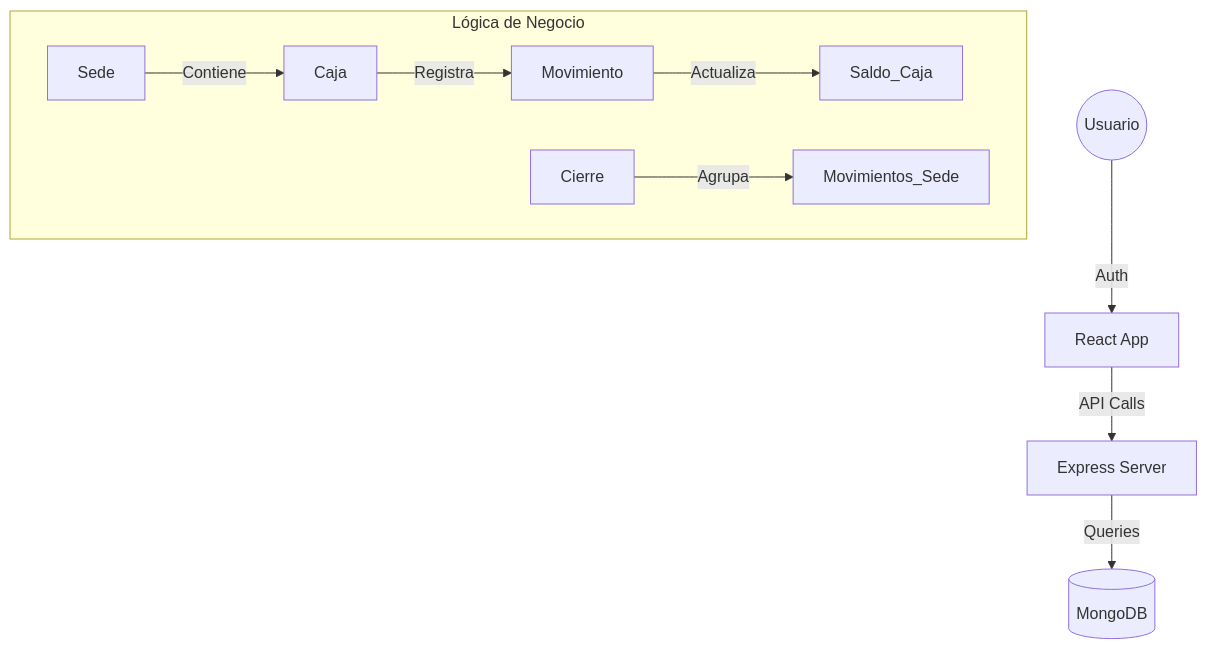
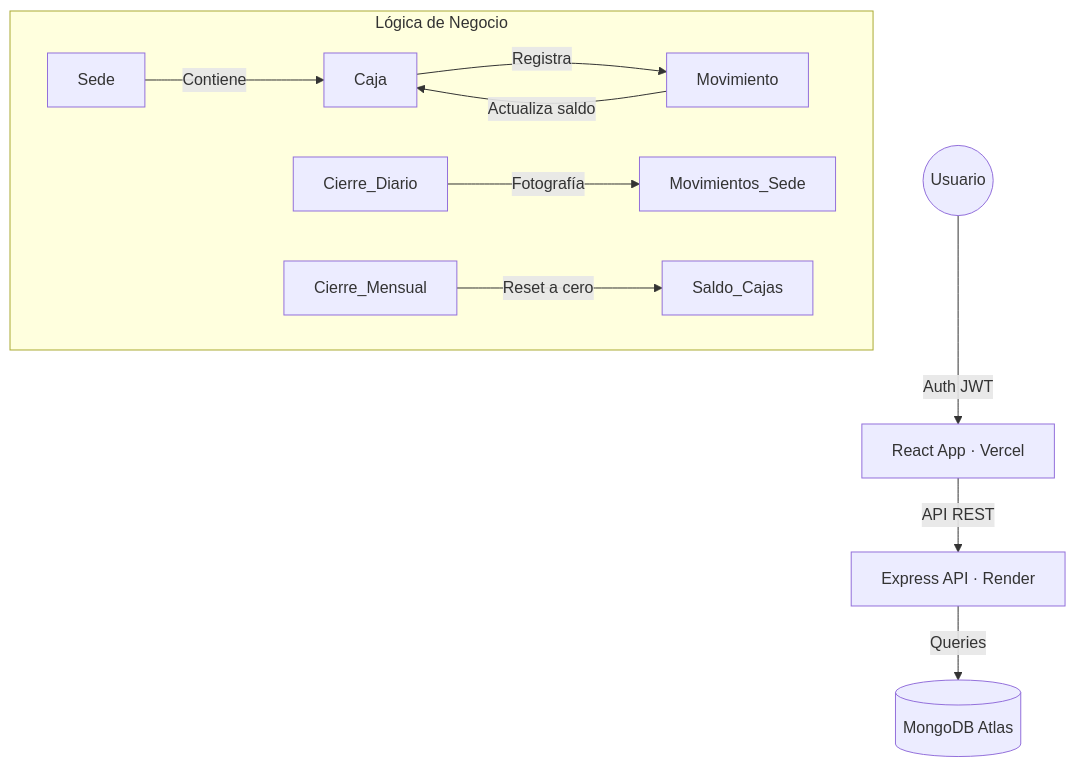
The diagram in README.md (skyps2003/Caja-El-Asesor), drawn with Mermaid before and after one commit. The commit also changed other lines of this file and 18 other files, not shown here.

````diff
--- a/README.md
+++ b/README.md
@@ -35,13 +45,14 @@
 ```mermaid
 graph TD
-    User((Usuario)) -->|Auth| Frontend[React App]
-    Frontend -->|API Calls| Backend[Express Server]
-    Backend -->|Queries| DB[(MongoDB)]
-    
+    User((Usuario)) -->|Auth JWT| Frontend[React App · Vercel]
+    Frontend -->|API REST| Backend[Express API · Render]
+    Backend -->|Queries| DB[(MongoDB Atlas)]
+
     subgraph "Lógica de Negocio"
         Sede -->|Contiene| Caja
         Caja -->|Registra| Movimiento
-        Movimiento -->|Actualiza| Saldo_Caja
-        Cierre -->|Agrupa| Movimientos_Sede
+        Movimiento -->|Actualiza saldo| Caja
+        Cierre_Diario -->|Fotografía| Movimientos_Sede
+        Cierre_Mensual -->|Reset a cero| Saldo_Cajas
     end
 ```
````
